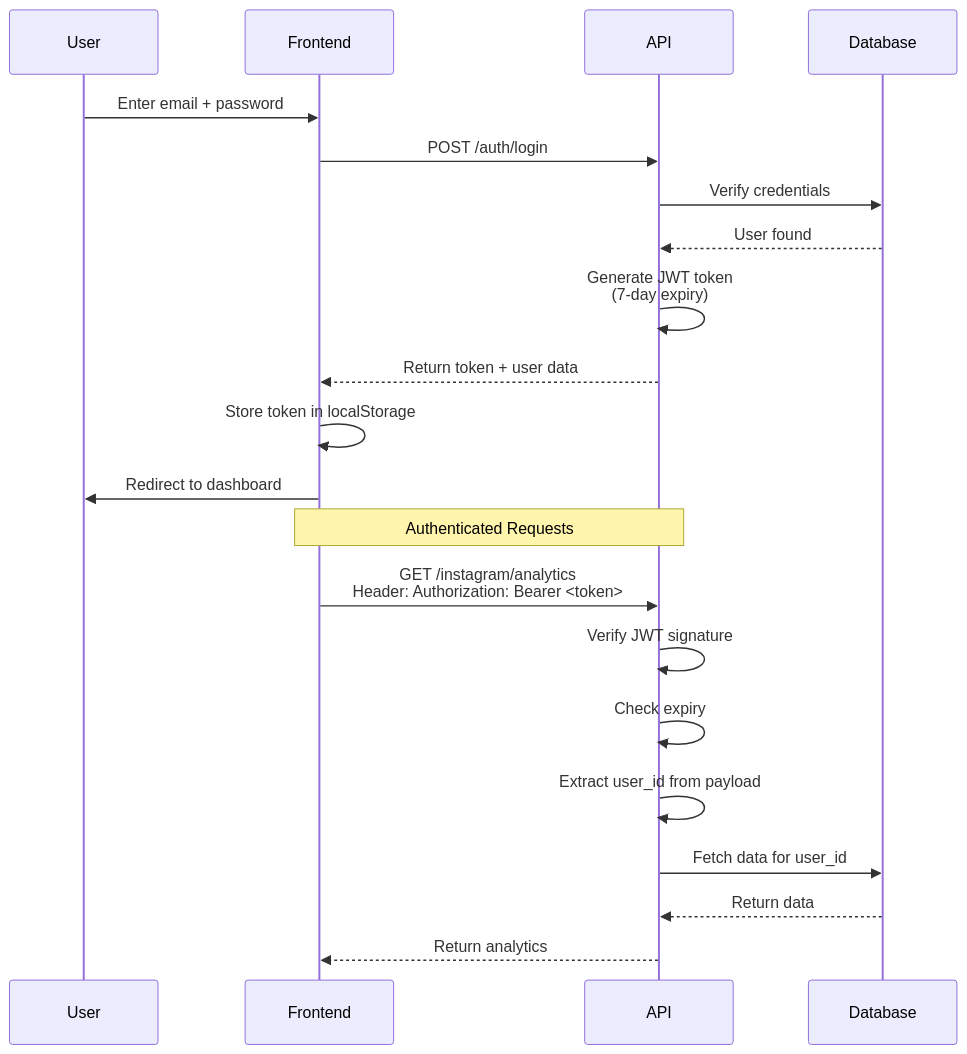
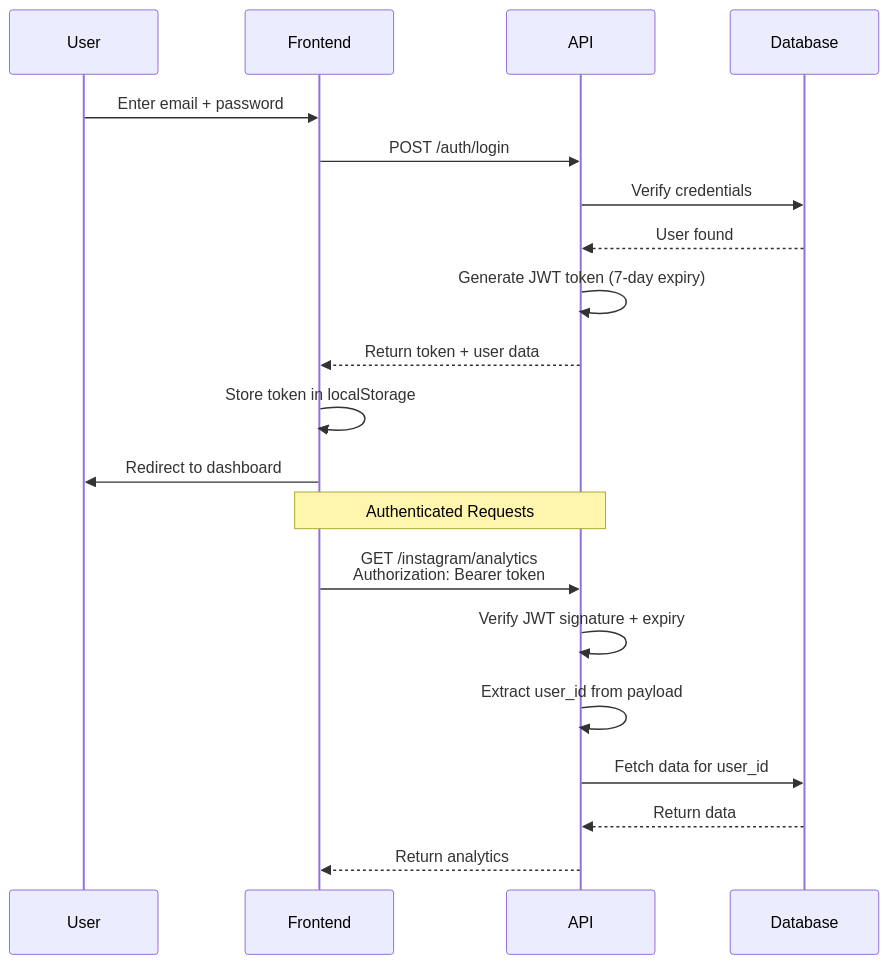
Before and after one commit to ritwikvats/creatoriq: the fourth of 14 diagrams in TECHNICAL_DOCUMENTATION.md, drawn with Mermaid. The commit also changed other lines of this file and 1 other file, not shown here.

````diff
--- a/TECHNICAL_DOCUMENTATION.md
+++ b/TECHNICAL_DOCUMENTATION.md
@@ -399,26 +452,25 @@
 ```mermaid
 sequenceDiagram
     participant User
     participant Frontend
     participant API
     participant Database
 
     User->>Frontend: Enter email + password
     Frontend->>API: POST /auth/login
     API->>Database: Verify credentials
     Database-->>API: User found
-    API->>API: Generate JWT token<br/>(7-day expiry)
+    API->>API: Generate JWT token (7-day expiry)
     API-->>Frontend: Return token + user data
     Frontend->>Frontend: Store token in localStorage
     Frontend->>User: Redirect to dashboard
 
     Note over Frontend,API: Authenticated Requests
 
-    Frontend->>API: GET /instagram/analytics<br/>Header: Authorization: Bearer <token>
-    API->>API: Verify JWT signature
-    API->>API: Check expiry
+    Frontend->>API: GET /instagram/analytics<br/>Authorization: Bearer token
+    API->>API: Verify JWT signature + expiry
     API->>API: Extract user_id from payload
     API->>Database: Fetch data for user_id
     Database-->>API: Return data
     API-->>Frontend: Return analytics
 ```
````
